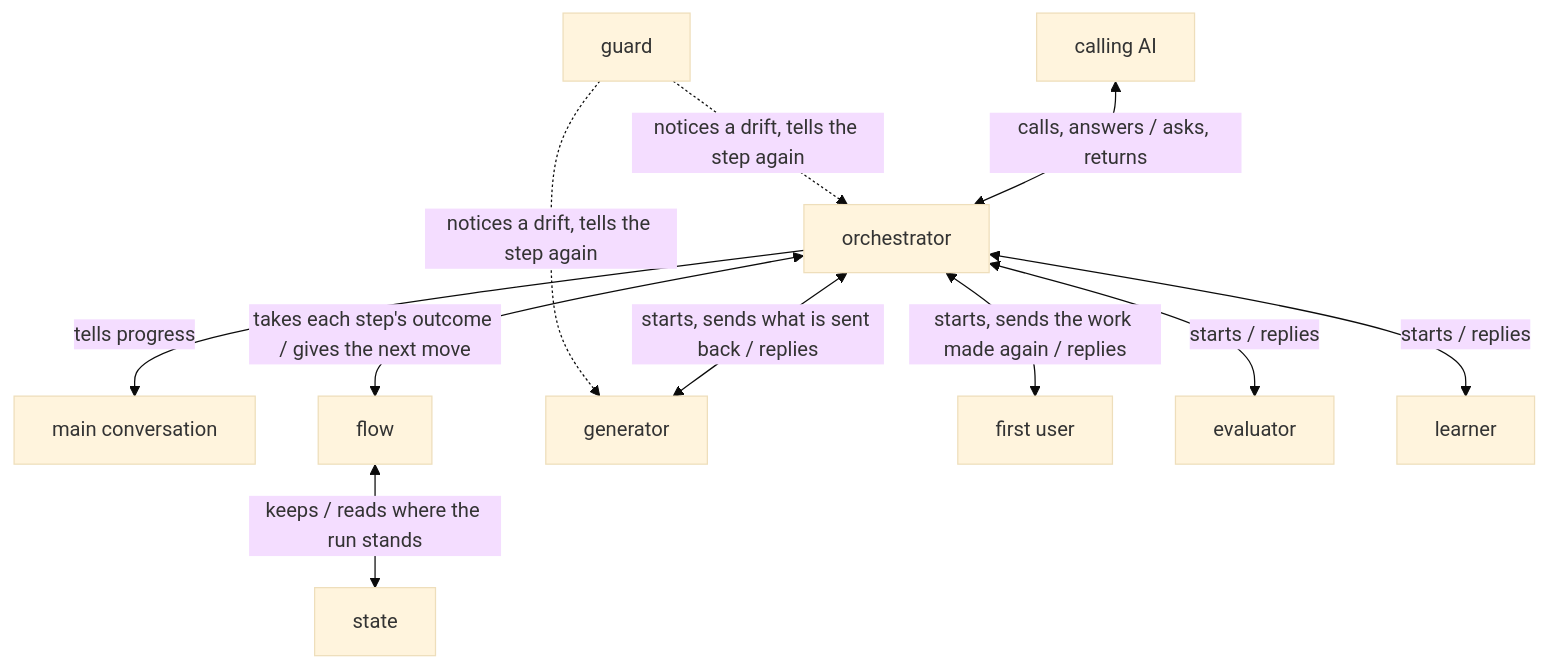
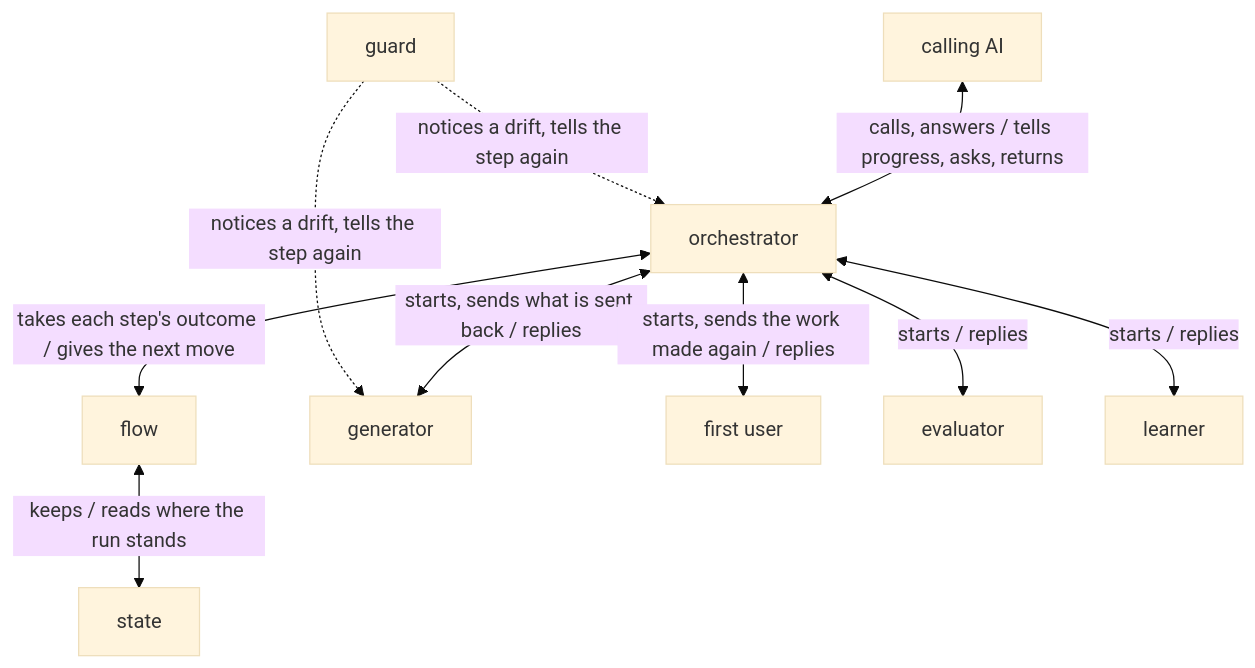
Before and after one commit to lovaizu/ccpm: the diagram in dev/turn/design.md, drawn with Mermaid (base theme). The commit also changed other lines of this file and 10 other files, not shown here.

````diff
--- a/dev/turn/design.md
+++ b/dev/turn/design.md
@@ -33,23 +32,21 @@
 ```mermaid
 flowchart TB
   caller["calling AI"]
-  main["main conversation"]
   orch["orchestrator"]
   flow["flow"]
   state["state"]
   gen["generator"]
   fu["first user"]
   ev["evaluator"]
   le["learner"]
   guard["guard"]
-  caller <-->|calls, answers / asks, returns| orch
-  orch -->|tells progress| main
+  caller <-->|calls, answers / tells progress, asks, returns| orch
   orch <-->|takes each step's outcome / gives the next move| flow
   flow <-->|keeps / reads where the run stands| state
   orch <-->|starts, sends what is sent back / replies| gen
   orch <-->|starts, sends the work made again / replies| fu
   orch <-->|starts / replies| ev
   orch <-->|starts / replies| le
   guard -.->|notices a drift, tells the step again| orch
   guard -.->|notices a drift, tells the step again| gen
 ```
````
